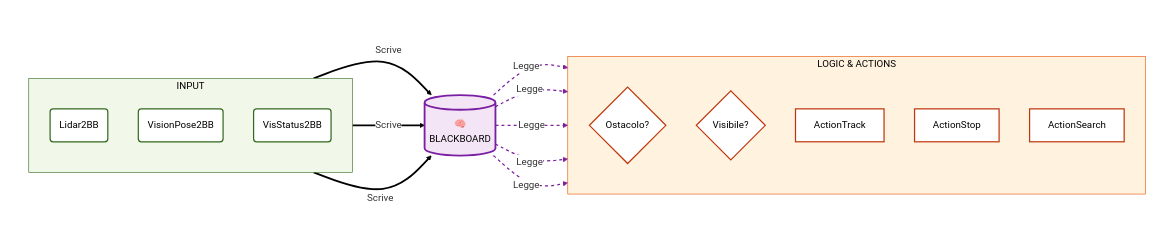
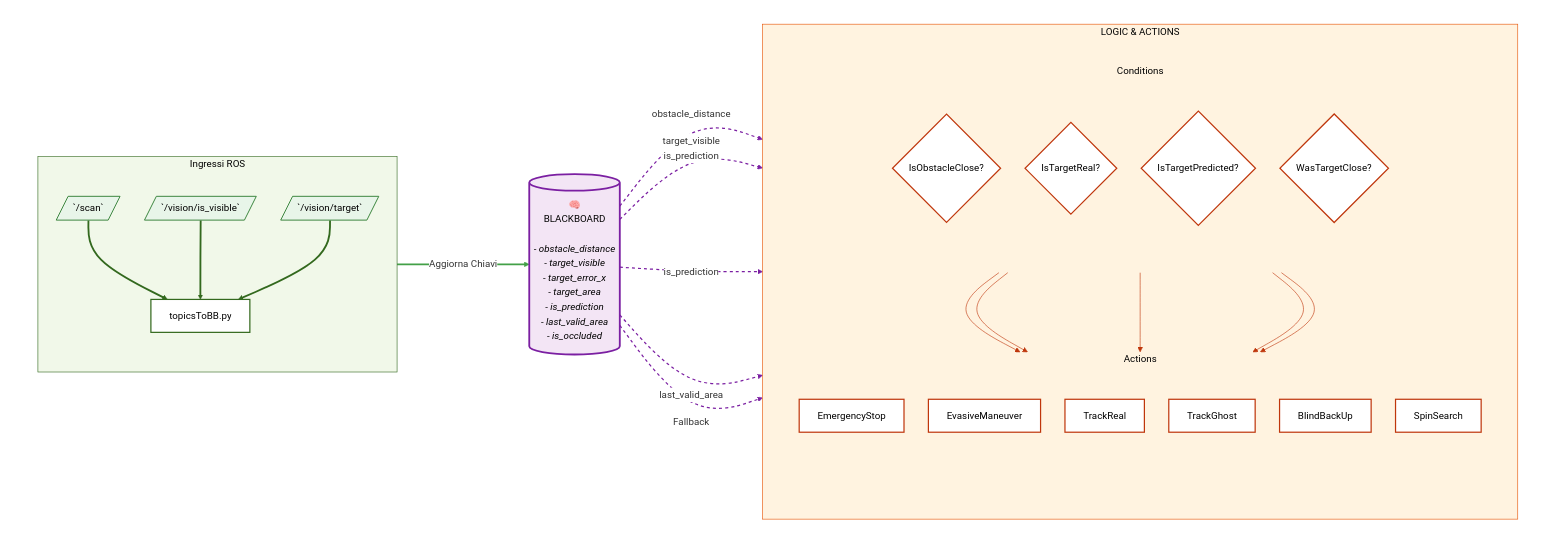
The diagram in src/hunter_description/schema_blackboard.md (flebo45/Chimpanzee_MetalMonkeys), drawn with Mermaid before and after one commit. The commit also changed 2 other files, not shown here.

Commit message:
aggiornamento ros graph e blackboard

````diff
--- a/src/hunter_description/schema_blackboard.md
+++ b/src/hunter_description/schema_blackboard.md
@@ -1,67 +1,91 @@
 ```mermaid
 %%{init: {
   'theme': 'base',
-  'flowchart': { 'curve': 'basis' }, 
+  'flowchart': { 'curve': 'basis', 'nodeSpacing': 40, 'rankSpacing': 80 }, 
   'themeVariables': { 'primaryColor': '#ffffff', 'edgeLabelBackground':'#ffffff', 'tertiaryColor': '#ffffff'}
 }}%%
 flowchart LR
     %% --- STILI ---
+    classDef topic fill:#E8F5E9,stroke:#2e7d32,stroke-width:1.5px,color:#000000;
     classDef input fill:#FFFFFF,stroke:#33691e,stroke-width:2px,color:#000000;
     classDef logic fill:#FFFFFF,stroke:#bf360c,stroke-width:2px,color:#000000;
-    
-    %% Stile speciale per la Blackboard (riempimento lilla chiaro)
     classDef memory fill:#f3e5f5,stroke:#7b1fa2,stroke-width:3px,color:#000000;
 
-    %% === IL TRUCCO DEL FOGLIO BIANCO ===
+    %% === SFONDO ===
     subgraph FoglioBianco [ ]
         direction LR
 
-        %% --- 1. INPUT ---
-        subgraph Writers [INPUT]
+        %% --- 1. INPUT (SCRITTORI) ---
+        subgraph Writers [Ingressi ROS]
             direction TB
-            Lidar2BB(Lidar2BB):::input
-            VisPos2BB(VisionPose2BB):::input
-            VisStat2BB(VisStatus2BB):::input
+            ScanTopic[/`/scan`<br/>/]:::topic
+            VisibleTopic[/`/vision/is_visible`/]:::topic
+            TargetTopic[/`/vision/target`/]:::topic
+            ToBlackboard["topicsToBB.py"]:::input
         end
         style Writers fill:#f1f8e9,stroke:#33691e,stroke-width:1px,color:#000000
 
         %% --- 2. MEMORIA ---
-        %% Nota: Ho aggiunto <br/> per mandare a capo il testo e ingrandire il cilindro
-        Blackboard[("🧠<br/>BLACKBOARD")]:::memory
+        %% Aggiunte le nuove variabili chiave gestite
+        Blackboard[("🧠<br/>BLACKBOARD<br/><br/><i>- obstacle_distance<br/>- target_visible<br/>- target_error_x<br/>- target_area<br/>- is_prediction<br/>- last_valid_area<br/>- is_occluded</i>")]:::memory
 
-        %% --- 3. LOGICA ---
+        %% --- 3. LOGICA (LETTORI) ---
         subgraph Readers [LOGIC & ACTIONS]
             direction TB
-            CondObs{Ostacolo?}:::logic
-            CondVis{Visibile?}:::logic
-            ActTrack[ActionTrack]:::logic
-            ActStop[ActionStop]:::logic
-            ActSearch[ActionSearch]:::logic
+            
+            %% Condizioni
+            subgraph Conditions [Conditions]
+                direction TB
+                CondObs{IsObstacleClose?}:::logic
+                CondReal{IsTargetReal?}:::logic
+                CondPred{IsTargetPredicted?}:::logic
+                CondClose{WasTargetClose?}:::logic
+            end
+
+            %% Azioni
+            subgraph Actions [Actions]
+                direction TB
+                ActStop[EmergencyStop]:::logic
+                ActEvade[EvasiveManeuver]:::logic
+                ActTrack[TrackReal]:::logic
+                ActGhost[TrackGhost]:::logic
+                ActRecover[BlindBackUp]:::logic
+                ActSearch[SpinSearch]:::logic
+            end
         end
         style Readers fill:#fff3e0,stroke:#e65100,stroke-width:1px,color:#000000
+        style Conditions fill:none,stroke:none
+        style Actions fill:none,stroke:none
 
-        %% --- CONNESSIONI ---
-        %% Gruppo 1: SCRITTURA (Linee solide e spesse)
-        Lidar2BB ==>|Scrive| Blackboard
-        VisPos2BB ==>|Scrive| Blackboard
-        VisStat2BB ==>|Scrive| Blackboard
+        %% --- CONNESSIONI DI SCRITTURA ---
+        ScanTopic --> ToBlackboard
+        VisibleTopic --> ToBlackboard
+        TargetTopic --> ToBlackboard
 
-        %% Gruppo 2: LETTURA (Linee tratteggiate e colorate)
-        %% Usiamo -.-> per il tratteggio
-        Blackboard -.->|Legge| CondObs
-        Blackboard -.->|Legge| CondVis
-        Blackboard -.->|Legge| ActTrack
-        Blackboard -.->|Legge| ActStop
-        Blackboard -.->|Legge| ActSearch
+        ToBlackboard ==>|Aggiorna Chiavi| Blackboard
+
+        %% --- CONNESSIONI DI LETTURA ---
+        %% Le frecce indicano quali dati attivano quali comportamenti
+        Blackboard -.->|obstacle_distance| CondObs
+        Blackboard -.->|target_visible<br/>is_prediction| CondReal
+        Blackboard -.->|is_prediction| CondPred
+        Blackboard -.->|last_valid_area| CondClose
+        
+        %% Collegamenti logici (semplificati per il diagramma)
+        CondObs --> ActStop
+        CondObs --> ActEvade
+        CondReal --> ActTrack
+        CondPred --> ActGhost
+        CondClose --> ActRecover
+        Blackboard -.->|Fallback| ActSearch
 
     end
-    %% Stile del foglio di sfondo
+    
     style FoglioBianco fill:#FFFFFF,stroke:none,color:#000000
 
-    %% --- PERSONALIZZAZIONE FINE DELLE FRECCE (LinkStyle) ---
-    %% Link 0,1,2 sono gli INPUT (Neri spessi)
-    linkStyle 0,1,2 stroke-width:3px,stroke:#000000,fill:none;
-    
-    %% Link 3,4,5,6,7 sono gli OUTPUT (Viola scuro, tratteggiati)
-    linkStyle 3,4,5,6,7 stroke-width:2px,stroke:#7b1fa2,fill:none,stroke-dasharray: 5 5;
+    %% --- STILI FRECCE ---
+    linkStyle 0,1,2 stroke-width:3px,stroke:#33691e,fill:none;
+    linkStyle 3 stroke-width:3px,stroke:#43a047,fill:none;
+    linkStyle 4,5,6,7,13 stroke-width:2px,stroke:#7b1fa2,fill:none,stroke-dasharray: 5 5;
+    linkStyle 8,9,10,11,12 stroke-width:1px,stroke:#bf360c,fill:none;
  ```
````
